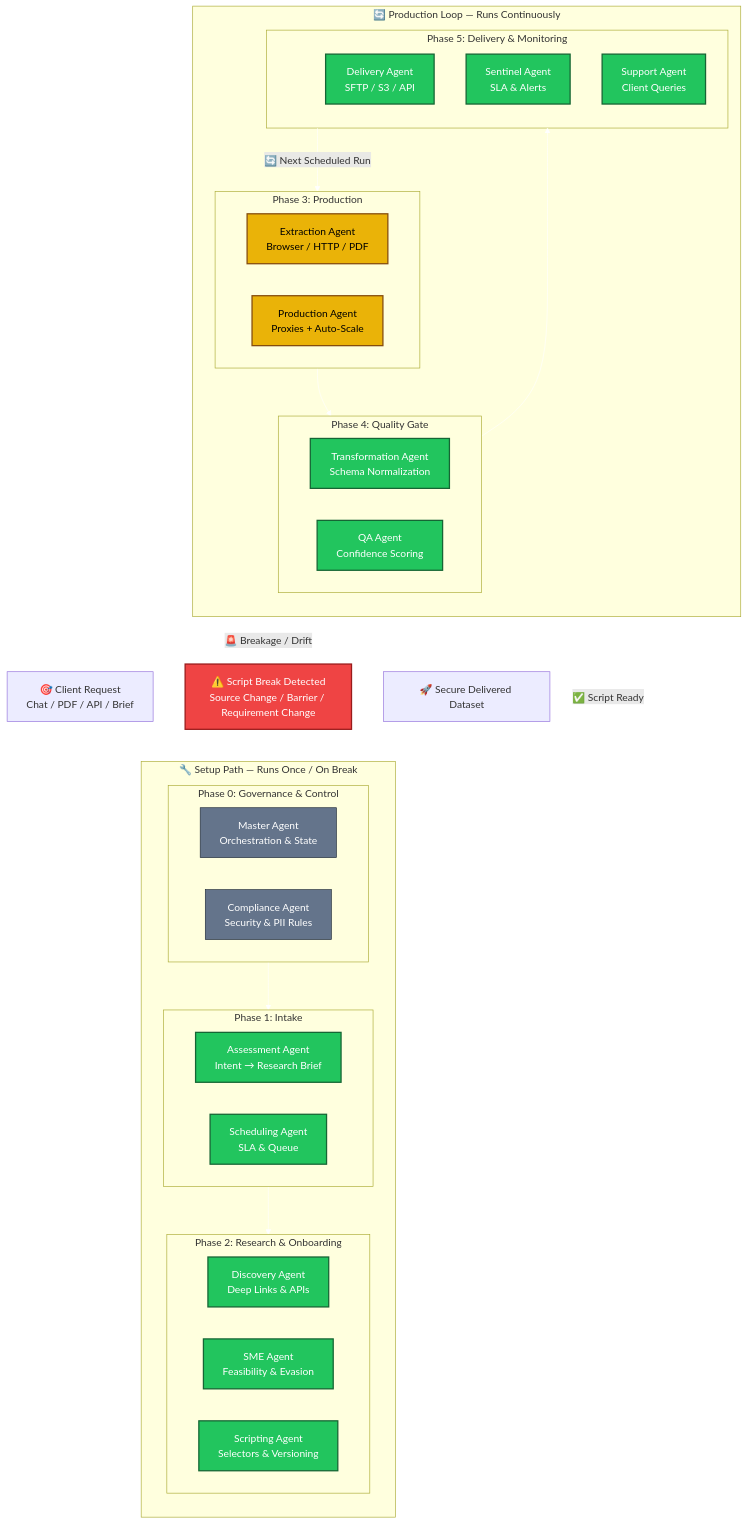
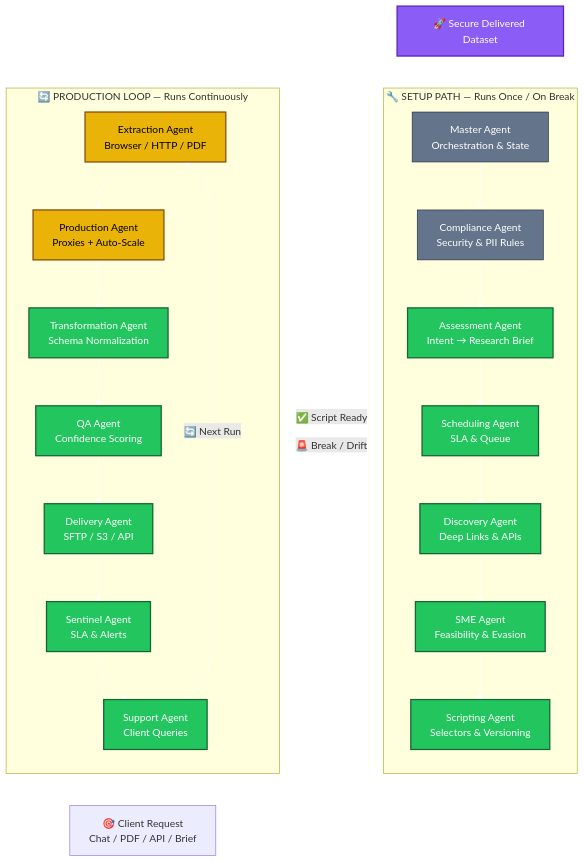
Before and after one commit to balam65/agentic-research: the diagram in outline-operational.mmd, drawn with Mermaid.

Commit message:
operational flow modified

```diff
--- a/outline-operational.mmd
+++ b/outline-operational.mmd
@@ -1,81 +1,65 @@
 %%{init: {'themeVariables': { 'lineColor': '#ffffff' }}}%%
-flowchart TD
-    %% ── Triggers ──
+flowchart LR
+
+    %% ── TRIGGER ──
     Client[🎯 Client Request<br>Chat / PDF / API / Brief]
-    BreakTrigger[⚠️ Script Break Detected<br>Source Change / Barrier / Requirement Change]
 
-    %% ── SETUP PATH  (runs infrequently) ──
-    Client --> Governance
-    BreakTrigger -.-> P2
+    %% ── SETUP PATH (left side, top-down) ──
+    subgraph SETUP ["🔧 SETUP PATH — Runs Once / On Break"]
+        direction TB
+        Master[Master Agent<br>Orchestration & State]
+        Comp[Compliance Agent<br>Security & PII Rules]
+        Assess[Assessment Agent<br>Intent → Research Brief]
+        Sched[Scheduling Agent<br>SLA & Queue]
+        Disc[Discovery Agent<br>Deep Links & APIs]
+        SME[SME Agent<br>Feasibility & Evasion]
+        Script[Scripting Agent<br>Selectors & Versioning]
 
-    subgraph SetupPath ["🔧 Setup Path — Runs Once / On Break"]
-        direction TB
-
-        subgraph Governance ["Phase 0: Governance & Control"]
-            Master[Master Agent<br>Orchestration & State]
-            Comp[Compliance Agent<br>Security & PII Rules]
-        end
-
-        subgraph P1 ["Phase 1: Intake"]
-            Assess[Assessment Agent<br>Intent → Research Brief]
-            Sched[Scheduling Agent<br>SLA & Queue]
-        end
-
-        subgraph P2 ["Phase 2: Research & Onboarding"]
-            Disc[Discovery Agent<br>Deep Links & APIs]
-            SME[SME Agent<br>Feasibility & Evasion]
-            Script[Scripting Agent<br>Selectors & Versioning]
-        end
-
-        Governance --> P1
-        P1 --> P2
+        Master --> Comp
+        Comp --> Assess
+        Assess --> Sched
+        Sched --> Disc
+        Disc --> SME
+        SME --> Script
     end
 
-    %% Hand-off from setup to production
-    P2 -- "✅ Script Ready" --> P3
+    %% ── PRODUCTION LOOP (right side, cycles) ──
+    subgraph LOOP ["🔄 PRODUCTION LOOP — Runs Continuously"]
+        direction TB
+        Extr[Extraction Agent<br>Browser / HTTP / PDF]
+        Scale[Production Agent<br>Proxies + Auto-Scale]
+        Trans[Transformation Agent<br>Schema Normalization]
+        QA[QA Agent<br>Confidence Scoring]
+        Deliv[Delivery Agent<br>SFTP / S3 / API]
+        Sent[Sentinel Agent<br>SLA & Alerts]
+        Supp[Support Agent<br>Client Queries]
 
-    %% ── PRODUCTION LOOP  (runs continuously) ──
-    subgraph ProdLoop ["🔄 Production Loop — Runs Continuously"]
-        direction TB
-
-        subgraph P3 ["Phase 3: Production"]
-            Extr[Extraction Agent<br>Browser / HTTP / PDF]
-            Scale[Production Agent<br>Proxies + Auto-Scale]
-        end
-
-        subgraph P4 ["Phase 4: Quality Gate"]
-            Trans[Transformation Agent<br>Schema Normalization]
-            QA[QA Agent<br>Confidence Scoring]
-        end
-
-        subgraph P5 ["Phase 5: Delivery & Monitoring"]
-            Deliv[Delivery Agent<br>SFTP / S3 / API]
-            Sent[Sentinel Agent<br>SLA & Alerts]
-            Supp[Support Agent<br>Client Queries]
-        end
-
-        P3 --> P4
-        P4 --> P5
+        Extr --> Scale
+        Scale --> Trans
+        Trans --> QA
+        QA --> Deliv
+        Deliv --> Sent
+        Sent --> Supp
     end
 
-    %% Continuous cycle back
-    P5 -- "🔄 Next Scheduled Run" --> P3
+    %% ── CONNECTIONS ──
+    Client --> Master
+    Script -- "✅ Script Ready" --> Extr
+    Supp -- "🔄 Next Run" --> Extr
 
-    %% Output
-    P5 --> Output[🚀 Secure Delivered Dataset]
+    %% ── REPAIR FEEDBACK ──
+    Sent -. "🚨 Break / Drift" .-> Disc
 
-    %% Sentinel detects breakage → feeds back to setup
-    Sent -. "🚨 Breakage / Drift" .-> BreakTrigger
+    %% ── OUTPUT ──
+    Deliv --> Output[🚀 Secure Delivered Dataset]
 
-    %% ── Styling (same palette) ──
+    %% ── STYLING ──
     classDef done fill:#22c55e,stroke:#166534,color:#fff,stroke-width:2px
     classDef progress fill:#eab308,stroke:#854d0e,color:#000,stroke-width:2px
     classDef gov fill:#64748b,stroke:#1e2937,color:#fff
-    classDef trigger fill:#ef4444,stroke:#991b1b,color:#fff,stroke-width:2px
-    classDef setupBox fill:#1e293b,stroke:#64748b,color:#fff,stroke-width:2px
-    classDef loopBox fill:#14532d,stroke:#22c55e,color:#fff,stroke-width:2px
+    classDef output fill:#8b5cf6,stroke:#5b21b6,color:#fff,stroke-width:2px
 
     class Master,Comp gov
     class Assess,Sched,Disc,SME,Script,Trans,QA,Deliv,Sent,Supp done
     class Extr,Scale progress
-    class BreakTrigger trigger
+    class Output output
```
